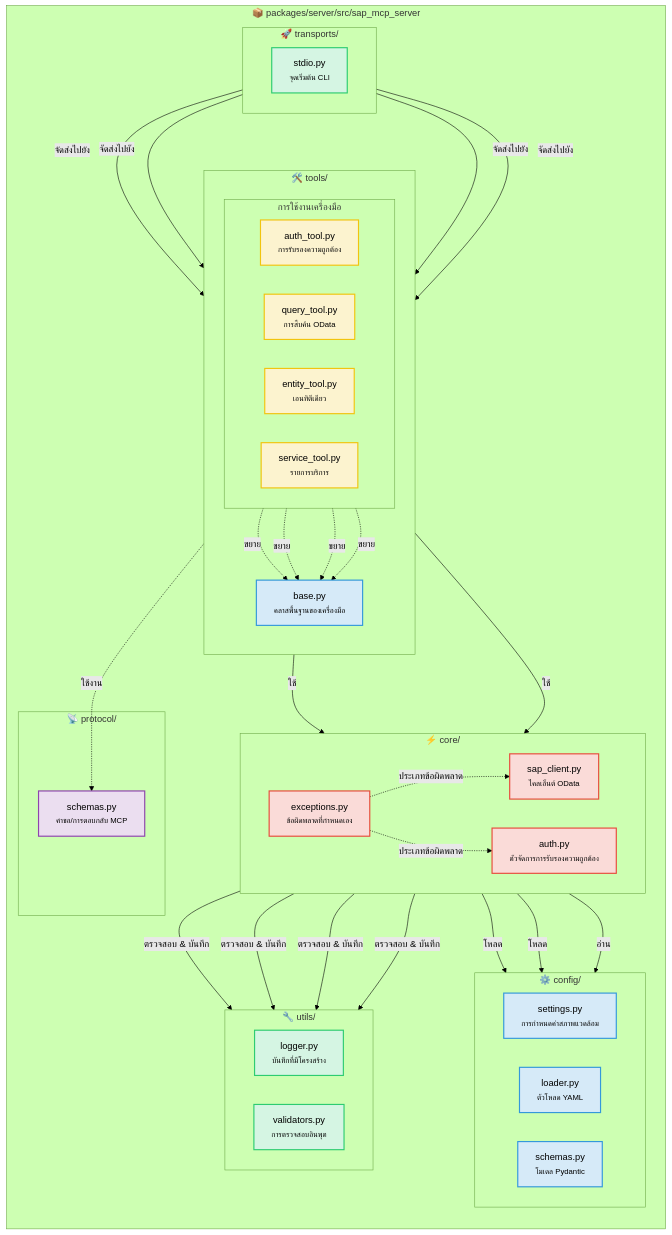
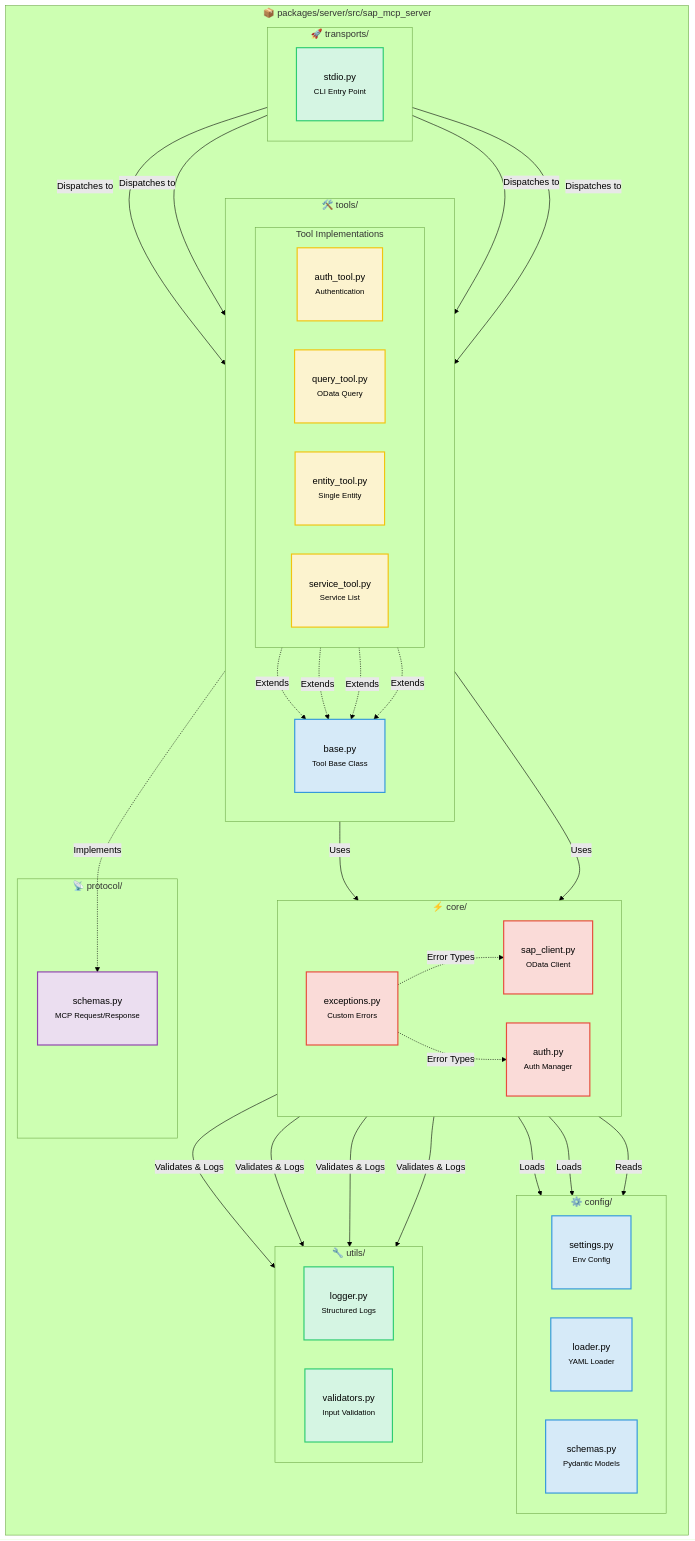
The second of 5 diagrams in README.th.md (midasol/sap-mcp-server), drawn with Mermaid (forest theme) before and after one commit. The commit also changed other lines of this file and 2 other files, not shown here.

````diff
--- a/README.th.md
+++ b/README.th.md
@@ -107,74 +115,74 @@
 ```mermaid
 graph TB
     subgraph pkg["📦 packages/server/src/sap_mcp_server"]
         direction TB
 
         subgraph trans["🚀 transports/"]
             direction LR
-            T1["stdio.py<br/><small>จุดเริ่มต้น CLI</small>"]
+            T1["stdio.py<br/><small>CLI Entry Point</small>"]
         end
 
         subgraph tools["🛠️ tools/"]
             direction TB
-            TO5["base.py<br/><small>คลาสพื้นฐานของเครื่องมือ</small>"]
+            TO5["base.py<br/><small>Tool Base Class</small>"]
 
-            subgraph toolImpl["การใช้งานเครื่องมือ"]
+            subgraph toolImpl["Tool Implementations"]
                 direction LR
-                TO1["auth_tool.py<br/><small>การรับรองความถูกต้อง</small>"]
-                TO2["query_tool.py<br/><small>การสืบค้น OData</small>"]
-                TO3["entity_tool.py<br/><small>เอนทิตีเดียว</small>"]
-                TO4["service_tool.py<br/><small>รายการบริการ</small>"]
+                TO1["auth_tool.py<br/><small>Authentication</small>"]
+                TO2["query_tool.py<br/><small>OData Query</small>"]
+                TO3["entity_tool.py<br/><small>Single Entity</small>"]
+                TO4["service_tool.py<br/><small>Service List</small>"]
             end
         end
 
         subgraph core["⚡ core/"]
             direction LR
-            C1["sap_client.py<br/><small>ไคลเอ็นต์ OData</small>"]
-            C2["auth.py<br/><small>ตัวจัดการการรับรองความถูกต้อง</small>"]
-            C3["exceptions.py<br/><small>ข้อผิดพลาดที่กำหนดเอง</small>"]
+            C1["sap_client.py<br/><small>OData Client</small>"]
+            C2["auth.py<br/><small>Auth Manager</small>"]
+            C3["exceptions.py<br/><small>Custom Errors</small>"]
         end
 
         subgraph config["⚙️ config/"]
             direction LR
-            CF1["settings.py<br/><small>การกำหนดค่าสภาพแวดล้อม</small>"]
-            CF2["loader.py<br/><small>ตัวโหลด YAML</small>"]
-            CF3["schemas.py<br/><small>โมเดล Pydantic</small>"]
+            CF1["settings.py<br/><small>Env Config</small>"]
+            CF2["loader.py<br/><small>YAML Loader</small>"]
+            CF3["schemas.py<br/><small>Pydantic Models</small>"]
         end
 
         subgraph utils["🔧 utils/"]
             direction LR
-            U1["logger.py<br/><small>บันทึกที่มีโครงสร้าง</small>"]
-            U2["validators.py<br/><small>การตรวจสอบอินพุต</small>"]
+            U1["logger.py<br/><small>Structured Logs</small>"]
+            U2["validators.py<br/><small>Input Validation</small>"]
         end
 
         subgraph protocol["📡 protocol/"]
-            P1["schemas.py<br/><small>คำขอ/การตอบกลับ MCP</small>"]
+            P1["schemas.py<br/><small>MCP Request/Response</small>"]
         end
     end
 
-    T1 -->|จัดส่งไปยัง| TO1 & TO2 & TO3 & TO4
-    TO1 & TO2 & TO3 & TO4 -.->|ขยาย| TO5
-    TO5 -->|ใช้| C1 & C2
-    C1 -->|โหลด| CF1 & CF2
-    C2 -->|อ่าน| CF1
-    C1 & C2 -->|ตรวจสอบ & บันทึก| U1 & U2
-    TO5 -.->|ใช้งาน| P1
-    C3 -.->|ประเภทข้อผิดพลาด| C1 & C2
+    T1 -->|Dispatches to| TO1 & TO2 & TO3 & TO4
+    TO1 & TO2 & TO3 & TO4 -.->|Extends| TO5
+    TO5 -->|Uses| C1 & C2
+    C1 -->|Loads| CF1 & CF2
+    C2 -->|Reads| CF1
+    C1 & C2 -->|Validates & Logs| U1 & U2
+    TO5 -.->|Implements| P1
+    C3 -.->|Error Types| C1 & C2
 
-    classDef transportNode fill:#D5F5E3,stroke:#2ECC71,stroke-width:2px
+    classDef transportNode fill:#D5F5E3,stroke:#2ECC71,stroke-width:2px,padding:18px
     classDef futureNode fill:#E8E8E8,stroke:#999999,stroke-width:2px,stroke-dasharray:5 5
-    classDef toolNode fill:#FCF3CF,stroke:#F1C40F,stroke-width:2px
-    classDef baseNode fill:#D6EAF8,stroke:#3498DB,stroke-width:2px
-    classDef coreNode fill:#FADBD8,stroke:#E74C3C,stroke-width:2px
-    classDef configNode fill:#D6EAF8,stroke:#3498DB,stroke-width:2px
-    classDef utilNode fill:#D5F5E3,stroke:#2ECC71,stroke-width:2px
-    classDef protocolNode fill:#EBDEF0,stroke:#8E44AD,stroke-width:2px
+    classDef toolNode fill:#FCF3CF,stroke:#F1C40F,stroke-width:2px,padding:18px
+    classDef baseNode fill:#D6EAF8,stroke:#3498DB,stroke-width:2px,padding:18px
+    classDef coreNode fill:#FADBD8,stroke:#E74C3C,stroke-width:2px,padding:18px
+    classDef configNode fill:#D6EAF8,stroke:#3498DB,stroke-width:2px,padding:18px
+    classDef utilNode fill:#D5F5E3,stroke:#2ECC71,stroke-width:2px,padding:18px
+    classDef protocolNode fill:#EBDEF0,stroke:#8E44AD,stroke-width:2px,padding:18px
 
     class T1 transportNode
     class TO1,TO2,TO3,TO4 toolNode
     class TO5 baseNode
     class C1,C2,C3 coreNode
     class CF1,CF2,CF3 configNode
     class U1,U2 utilNode
     class P1 protocolNode
 ```
````
